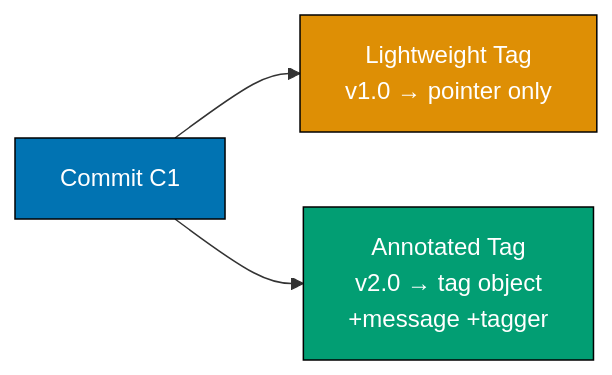
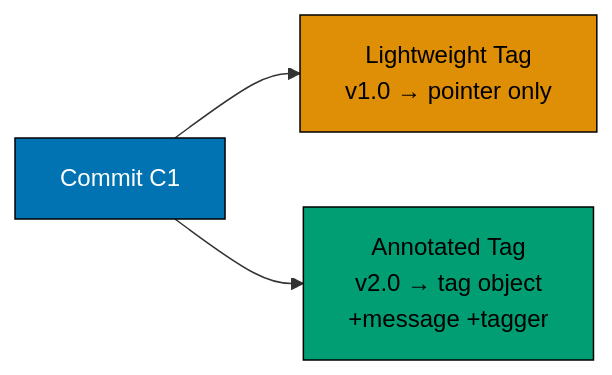
The fourth of 10 diagrams in apps/ayokoding-www/content/en/learn/legacy/software-engineering/automation-tools/git/by-example/intermediate.md (wahidyankf/ose-public), drawn with Mermaid before and after one commit. The commit also changed other lines of this file and 131 other files, not shown here.

First line of the commit message:
fix(mermaid): bring the legacy data, infrastructure, and testing diagrams onto the accessible palette

````diff
--- a/apps/ayokoding-www/content/en/learn/legacy/software-engineering/automation-tools/git/by-example/intermediate.md
+++ b/apps/ayokoding-www/content/en/learn/legacy/software-engineering/automation-tools/git/by-example/intermediate.md
@@ -326,14 +346,20 @@
 ```mermaid
 %% Color Palette: Blue #0173B2, Orange #DE8F05, Teal #029E73, Purple #CC78BC, Brown #CA9161
 graph LR
+    accTitle: Example 35: git tag
+    accDescr: Graph with 3 nodes and 2 connections. Nodes: Commit C1, Lightweight Tag v1.0 → pointer only, Annotated Tag v2.0 → tag object +message +tagger. Connections: Commit C1 to Lightweight Tag v1.0 → pointer only, Commit C1 to Annotated Tag v2.0 → tag object +message +tagger.
     A["Commit C1"]
     B["Lightweight Tag<br/>v1.0 → pointer only"]
     C["Annotated Tag<br/>v2.0 → tag object<br/>+message +tagger"]
 
     A --> B
     A --> C
 
-    style A fill:#0173B2,stroke:#000,color:#fff
-    style B fill:#DE8F05,stroke:#000,color:#fff
-    style C fill:#029E73,stroke:#000,color:#fff
+    classDef pal-0173B2 fill:#0173B2,stroke:#000000,color:#FFFFFF
+    class A pal-0173B2
+    classDef pal-DE8F05 fill:#DE8F05,stroke:#000000,color:#000000
+    class B pal-DE8F05
+    classDef pal-029E73 fill:#029E73,stroke:#000000,color:#000000
+    class C pal-029E73
+    classDef default fill:#FFFFFF,stroke:#000000,color:#000000
 ```
````
